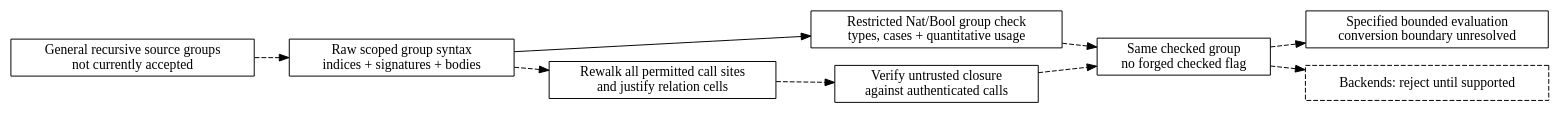
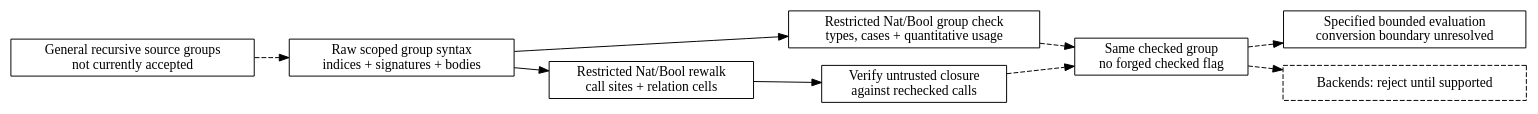
One commit to odunboye/fibril changed the diagram in docs/diagrams/recursive-groups-design.dot. Above: the diagram before and after it, drawn with Graphviz. The commit also changed 7 other files, not shown here.

Commit message:
Verify size-change graphs against recursive groups

```diff
--- a/docs/diagrams/recursive-groups-design.dot
+++ b/docs/diagrams/recursive-groups-design.dot
@@ -1,20 +1,20 @@
 digraph RecursiveGroupsDesign {
   rankdir=LR;
   node [shape=box];
   source [label="General recursive source groups\nnot currently accepted"];
   group [label="Raw scoped group syntax\nindices + signatures + bodies"];
   typing [label="Restricted Nat/Bool group check\ntypes, cases + quantitative usage"];
-  calls [label="Rewalk all permitted call sites\nand justify relation cells"];
-  cert [label="Verify untrusted closure\nagainst authenticated calls"];
+  calls [label="Restricted Nat/Bool rewalk\ncall sites + relation cells"];
+  cert [label="Verify untrusted closure\nagainst rechecked calls"];
   artifact [label="Same checked group\nno forged checked flag"];
   evaluate [label="Specified bounded evaluation\nconversion boundary unresolved"];
   backend [label="Backends: reject until supported", style=dashed];
   source -> group [style=dashed];
   group -> typing;
   typing -> artifact [style=dashed];
-  group -> calls [style=dashed];
-  calls -> cert [style=dashed];
+  group -> calls;
+  calls -> cert;
   cert -> artifact [style=dashed];
   artifact -> evaluate [style=dashed];
   artifact -> backend [style=dashed];
 }
```
